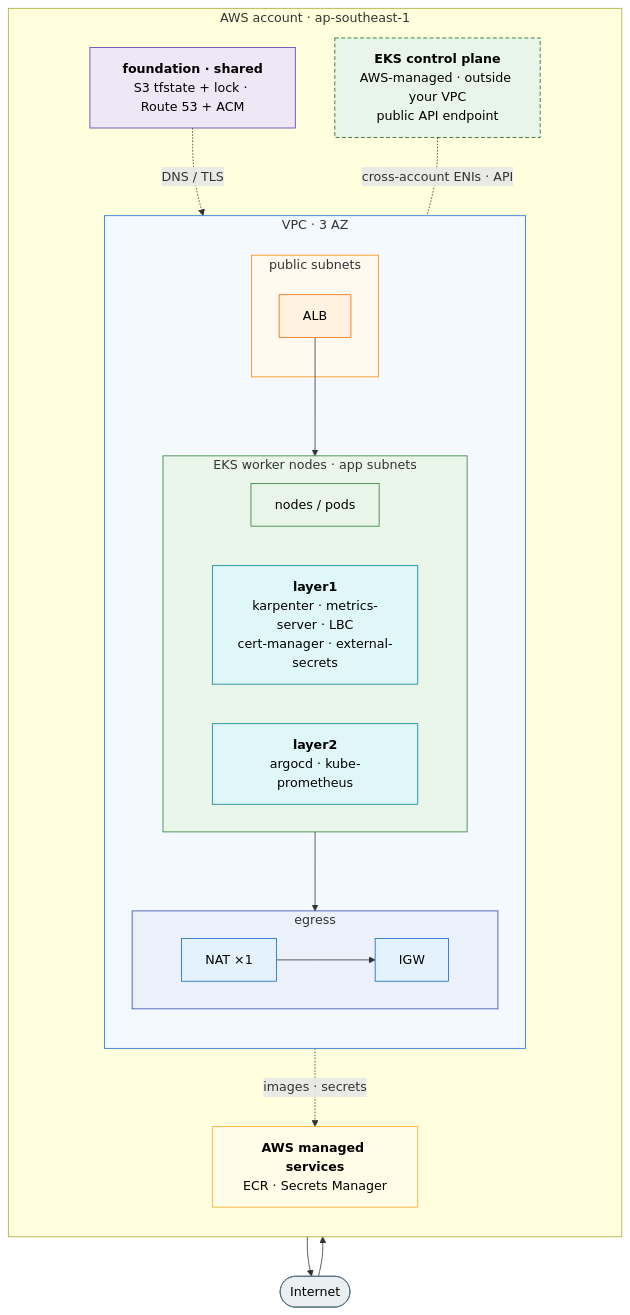
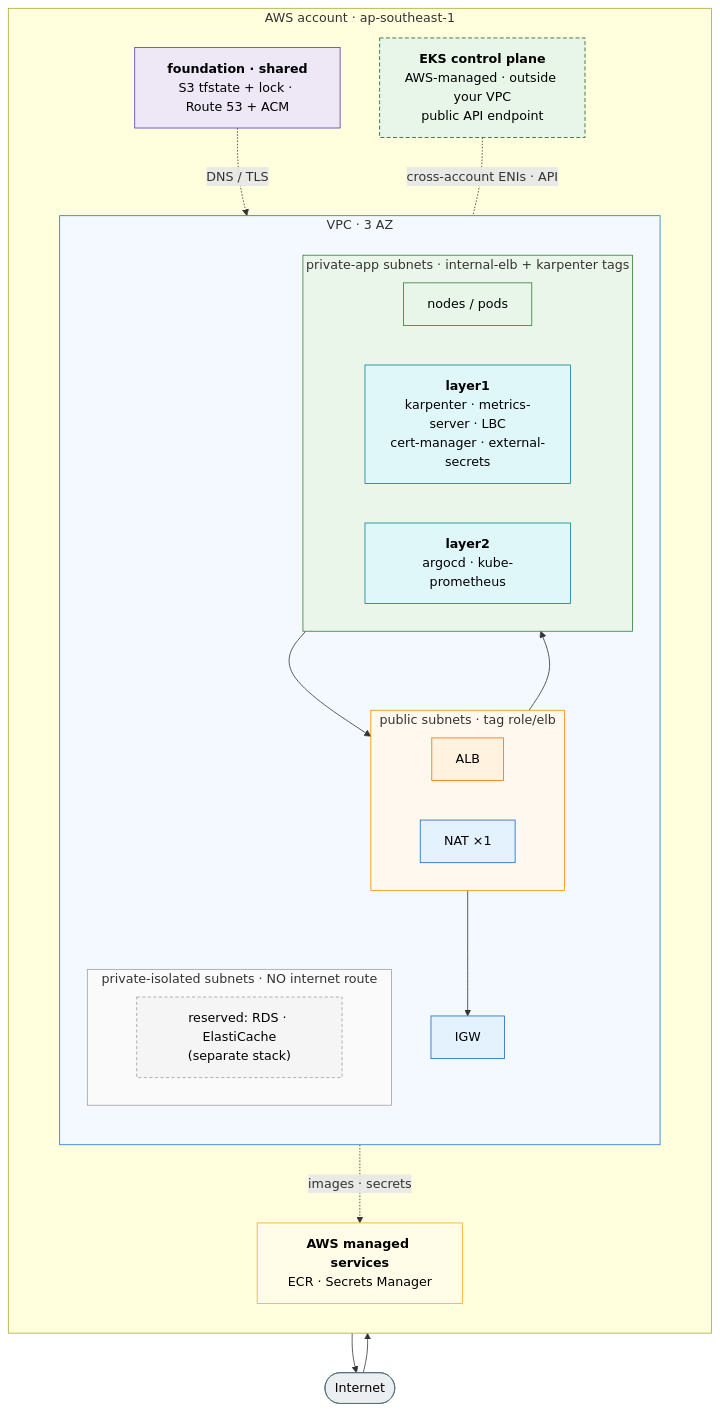
Before and after one commit to trongnvv/aws-iac: the first of 3 diagrams in eks/docs/ARCHITECTURE.md, drawn with Mermaid. The commit also changed other lines of this file, not shown here.

````diff
--- a/eks/docs/ARCHITECTURE.md
+++ b/eks/docs/ARCHITECTURE.md
@@ -25,45 +29,47 @@
 ```mermaid
 flowchart TB
   internet([Internet]):::ext
   subgraph acct["AWS account · ap-southeast-1"]
     direction TB
     found["<b>foundation · shared</b><br/>S3 tfstate + lock · Route 53 + ACM"]:::fnd
     cpane["<b>EKS control plane</b><br/>AWS-managed · outside your VPC<br/>public API endpoint"]:::mgmt
     subgraph vpc["VPC · 3 AZ"]
       direction TB
-      subgraph ingress["public subnets"]
+      igw["IGW"]:::net
+      subgraph pub["public subnets · tag role/elb"]
+        direction LR
         alb["ALB"]:::edge
+        nat["NAT ×1"]:::net
       end
-      subgraph eks["EKS worker nodes · app subnets"]
+      subgraph app["private-app subnets · internal-elb + karpenter tags"]
         direction LR
         nodes["nodes / pods"]:::eks
         l1["<b>layer1</b><br/>karpenter · metrics-server · LBC<br/>cert-manager · external-secrets"]:::add
         l2["<b>layer2</b><br/>argocd · kube-prometheus"]:::add
       end
-      subgraph egr["egress"]
-        direction LR
-        nat["NAT ×1"]:::net --> igw["IGW"]:::net
+      subgraph iso["private-isolated subnets · NO internet route"]
+        isod["reserved: RDS · ElastiCache<br/>(separate stack)"]:::iso
       end
     end
     svc["<b>AWS managed services</b><br/>ECR · Secrets Manager"]:::svc
   end
   internet --> alb --> nodes
   found -. DNS / TLS .-> alb
   cpane -. cross-account ENIs · API .- nodes
-  nodes --> nat
-  igw --> internet
+  nodes --> nat --> igw --> internet
   nodes -. images · secrets .-> svc
 
   classDef ext fill:#eceff1,stroke:#546e7a,color:#000
   classDef fnd fill:#ede7f6,stroke:#5e35b1,color:#000
   classDef mgmt fill:#e8f5e9,stroke:#1b5e20,stroke-dasharray:5 3,color:#000
   classDef net fill:#e3f2fd,stroke:#1565c0,color:#000
   classDef edge fill:#fff3e0,stroke:#ef6c00,color:#000
   classDef eks fill:#e8f5e9,stroke:#2e7d32,color:#000
   classDef add fill:#e0f7fa,stroke:#00838f,color:#000
   classDef svc fill:#fffde7,stroke:#f9a825,color:#000
+  classDef iso fill:#f5f5f5,stroke:#9e9e9e,stroke-dasharray:4 3,color:#000
   style vpc fill:#f4f9ff,stroke:#1976d2
-  style ingress fill:#fff8ef,stroke:#fb8c00
-  style egr fill:#eaf1fb,stroke:#3949ab
-  style eks fill:#eaf6ea,stroke:#2e7d32
+  style pub fill:#fff8ef,stroke:#fb8c00
+  style app fill:#eaf6ea,stroke:#2e7d32
+  style iso fill:#fafafa,stroke:#9e9e9e
 ```
````
